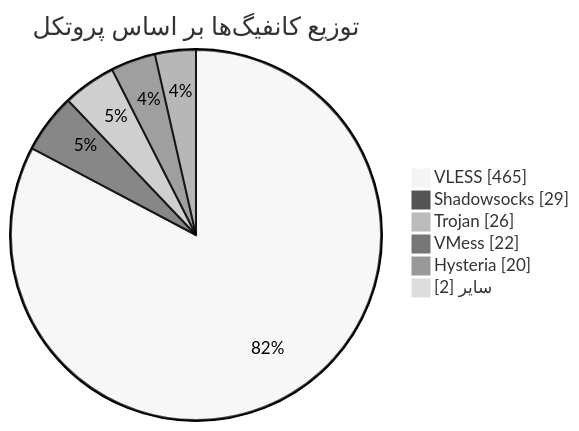
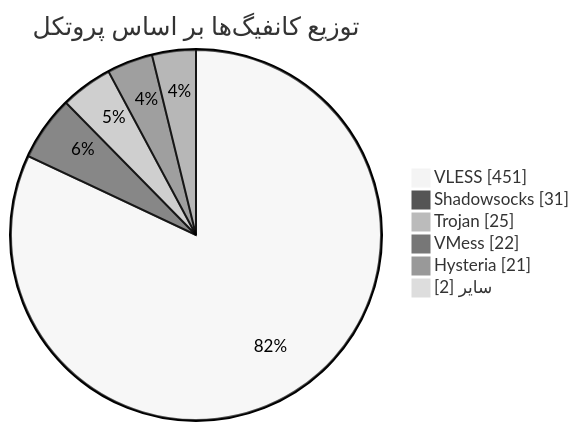
One commit to Arian-Alijani/Somthing changed the diagram in README.md. Above: the diagram before and after it, drawn with Mermaid (neutral theme). The commit also changed other lines of this file and 85 other files, not shown here.

````diff
--- a/README.md
+++ b/README.md
@@ -48,10 +48,10 @@
 ```mermaid
 pie showData
     title توزیع کانفیگ‌ها بر اساس پروتکل
-    "VLESS" : 465
-    "Shadowsocks" : 29
-    "Trojan" : 26
+    "VLESS" : 451
+    "Shadowsocks" : 31
+    "Trojan" : 25
     "VMess" : 22
-    "Hysteria" : 20
+    "Hysteria" : 21
     "سایر" : 2
 ```
````
